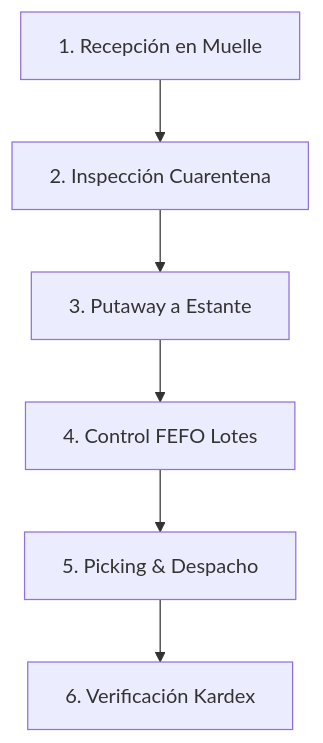
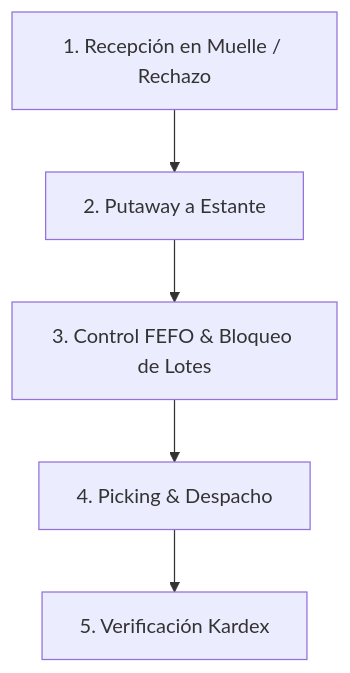
Before and after one commit to MorpheusSoft/morpheus: the diagram in docs/plan_pruebas_wms.md, drawn with Mermaid. The commit also changed other lines of this file, not shown here.

Commit message:
docs: finalize 100% alignment of plan_pruebas_wms.md with dock rejection

````diff
--- a/docs/plan_pruebas_wms.md
+++ b/docs/plan_pruebas_wms.md
@@ -106,8 +106,7 @@
 ```mermaid
 graph TD
-    A[1. Recepción en Muelle] --> B[2. Inspección Cuarentena]
-    B --> C[3. Putaway a Estante]
-    C --> D[4. Control FEFO Lotes]
-    D --> E[5. Picking & Despacho]
-    E --> F[6. Verificación Kardex]
+    A[1. Recepción en Muelle / Rechazo] --> B[2. Putaway a Estante]
+    B --> C[3. Control FEFO & Bloqueo de Lotes]
+    C --> D[4. Picking & Despacho]
+    D --> E[5. Verificación Kardex]
 ```
````
